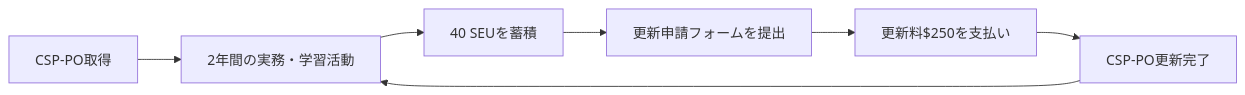
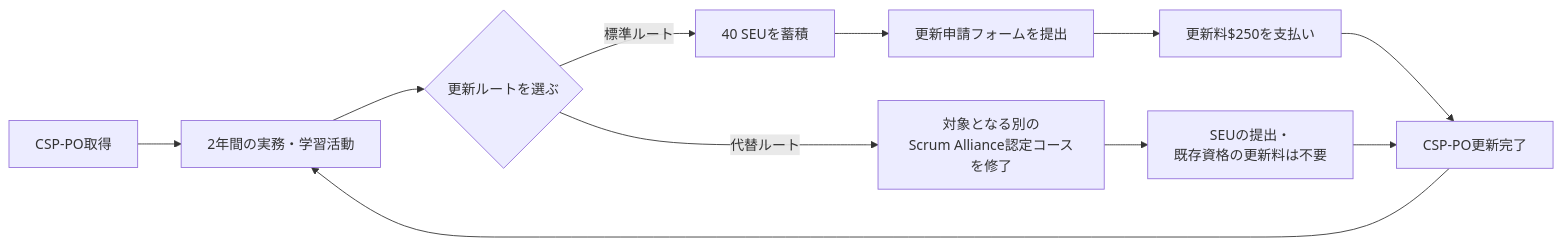
Before and after one commit to myoshi2891/Management-Team-Building-Studies: diagram 18 of 19 in Csp-po-certified-scrum-professional-product-owner-study-guide.md, drawn with Mermaid. The commit also changed other lines of this file, not shown here.

````diff
--- a/Csp-po-certified-scrum-professional-product-owner-study-guide.md
+++ b/Csp-po-certified-scrum-professional-product-owner-study-guide.md
@@ -1169,9 +1202,13 @@
 ```mermaid
 flowchart LR
     A["CSP-PO取得"] --> B["2年間の実務・学習活動"]
-    B --> C["40 SEUを蓄積"]
+    B --> R{"更新ルートを選ぶ"}
+    R -->|"標準ルート"| C["40 SEUを蓄積"]
     C --> D["更新申請フォームを提出"]
     D --> E["更新料$250を支払い"]
     E --> F["CSP-PO更新完了"]
+    R -->|"代替ルート"| G["対象となる別の<br/>Scrum Alliance認定コースを修了"]
+    G --> H["SEUの提出・<br/>既存資格の更新料は不要"]
+    H --> F
     F --> B
 ```
````
